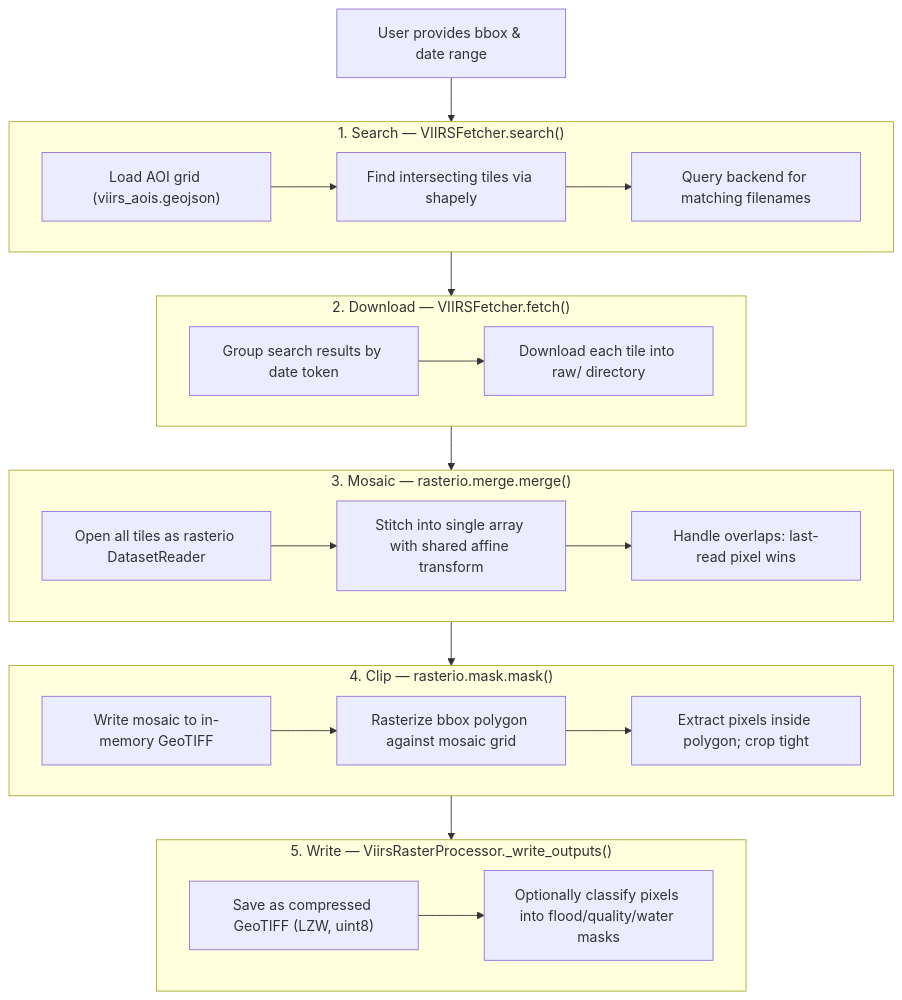
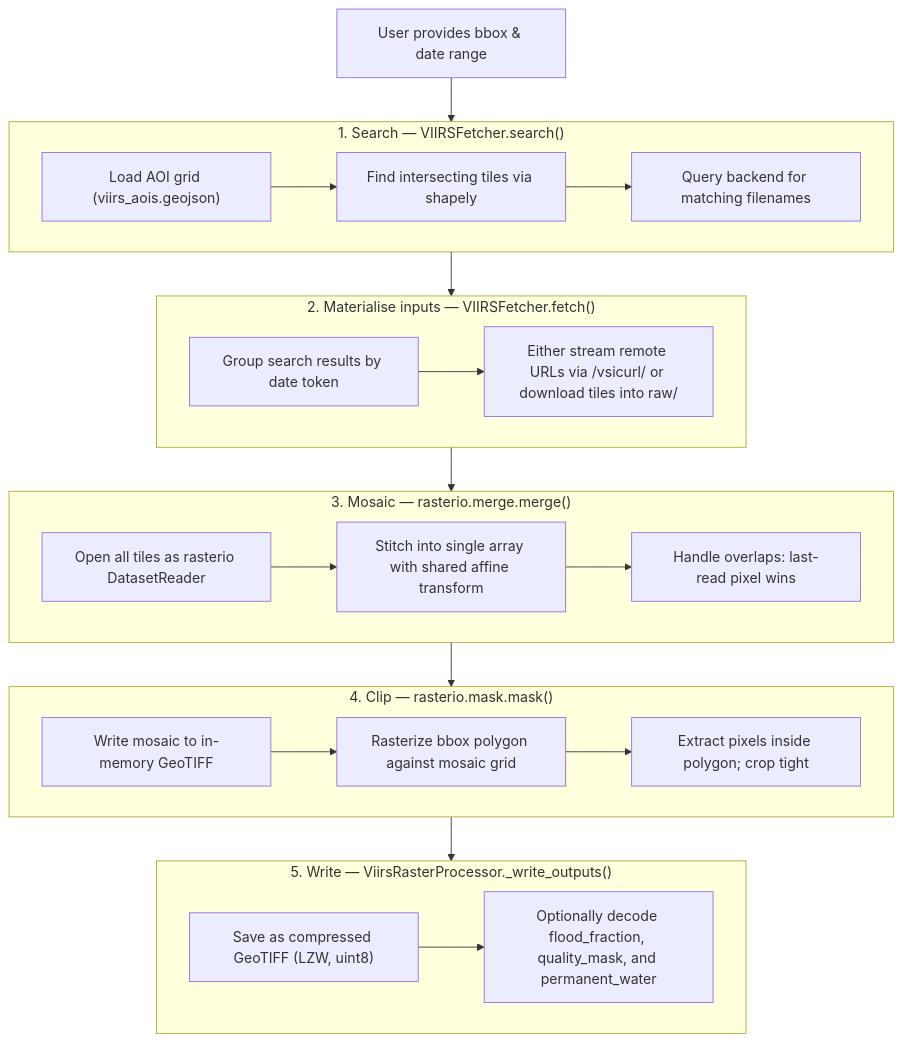
One commit to opageo/atlantis changed the diagram in docs/viirs_internals.md. Above: the diagram before and after it, drawn with Mermaid. The commit also changed other lines of this file and 13 other files, not shown here.

Commit message:
feat(viirs): enhance CLI with verbose logging and update documentation for flood fraction outputs

````diff
--- a/docs/viirs_internals.md
+++ b/docs/viirs_internals.md
@@ -35,36 +36,36 @@
 ```mermaid
 flowchart TD
     A["User provides bbox & date range"] --> B
     subgraph B["1. Search — VIIRSFetcher.search()"]
         B1["Load AOI grid (viirs_aois.geojson)"]
         B2["Find intersecting tiles via shapely"]
         B3["Query backend for matching filenames"]
         B1 --> B2 --> B3
     end
     B --> C
-    subgraph C["2. Download — VIIRSFetcher.fetch()"]
+    subgraph C["2. Materialise inputs — VIIRSFetcher.fetch()"]
         C1["Group search results by date token"]
-        C2["Download each tile into raw/ directory"]
+        C2["Either stream remote URLs via /vsicurl/ or download tiles into raw/"]
         C1 --> C2
     end
     C --> D
     subgraph D["3. Mosaic — rasterio.merge.merge()"]
         D1["Open all tiles as rasterio DatasetReader"]
         D2["Stitch into single array with shared affine transform"]
         D3["Handle overlaps: last-read pixel wins"]
         D1 --> D2 --> D3
     end
     D --> E
     subgraph E["4. Clip — rasterio.mask.mask()"]
         E1["Write mosaic to in-memory GeoTIFF"]
         E2["Rasterize bbox polygon against mosaic grid"]
         E3["Extract pixels inside polygon; crop tight"]
         E1 --> E2 --> E3
     end
     E --> F
     subgraph F["5. Write — ViirsRasterProcessor._write_outputs()"]
         F1["Save as compressed GeoTIFF (LZW, uint8)"]
-        F2["Optionally classify pixels into flood/quality/water masks"]
+        F2["Optionally decode flood_fraction, quality_mask, and permanent_water"]
         F1 --> F2
     end
 ```
````
